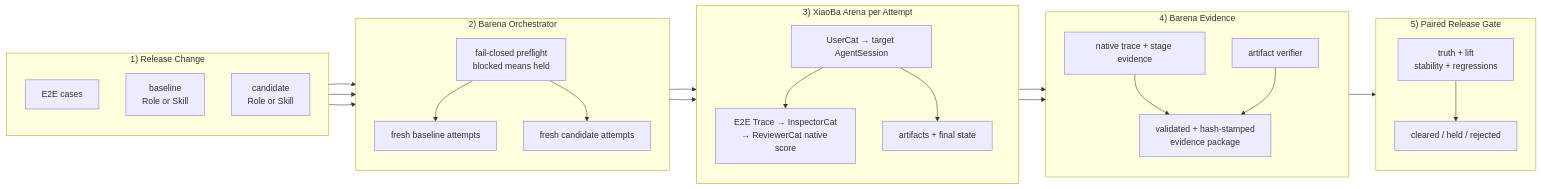
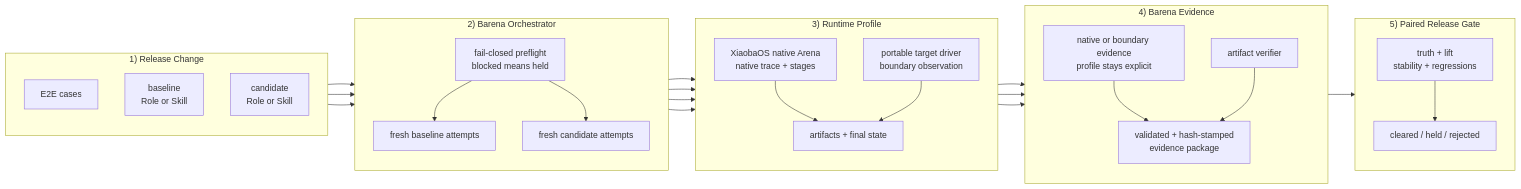
Before and after one commit to fightheyyy/barena: the first of 3 diagrams in docs/SPEC.md, drawn with Mermaid. The commit also changed other lines of this file and 75 other files, not shown here.

````diff
--- a/docs/SPEC.md
+++ b/docs/SPEC.md
@@ -57,52 +58,55 @@
 ```mermaid
 flowchart LR
     subgraph Input["1) Release Change"]
         direction TB
         Cases["E2E cases"]
         Baseline["baseline<br/>Role or Skill"]
         Candidate["candidate<br/>Role or Skill"]
     end
 
     subgraph Orchestrator["2) Barena Orchestrator"]
         direction TB
         Preflight["fail-closed preflight<br/>blocked means held"]
         BaseRuns["fresh baseline attempts"]
         CandidateRuns["fresh candidate attempts"]
         Preflight --> BaseRuns
         Preflight --> CandidateRuns
     end
 
-    subgraph Native["3) XiaoBa Arena per Attempt"]
+    subgraph Runtime["3) Runtime Profile"]
         direction TB
-        UserRun["UserCat → target AgentSession"]
-        TraceReview["E2E Trace → InspectorCat<br/>→ ReviewerCat native score"]
+        Native["XiaobaOS native Arena<br/>native trace + stages"]
+        Portable["portable target driver<br/>boundary observation"]
         Artifacts["artifacts + final state"]
-        UserRun --> TraceReview
-        UserRun --> Artifacts
+        Native --> Artifacts
+        Portable --> Artifacts
     end
 
     subgraph Evidence["4) Barena Evidence"]
         direction TB
-        NativeEvidence["native trace + stage evidence"]
+        RuntimeEvidence["native or boundary evidence<br/>profile stays explicit"]
         Verifier["artifact verifier"]
         Package["validated + hash-stamped<br/>evidence package"]
-        NativeEvidence --> Package
+        RuntimeEvidence --> Package
         Verifier --> Package
     end
 
     subgraph Gate["5) Paired Release Gate"]
         direction TB
         Aggregate["truth + lift<br/>stability + regressions"]
         Decision["cleared / held / rejected"]
         Aggregate --> Decision
     end
 
     Cases --> Preflight
     Baseline --> BaseRuns
     Candidate --> CandidateRuns
-    BaseRuns --> UserRun
-    CandidateRuns --> UserRun
-    TraceReview --> NativeEvidence
+    BaseRuns --> Native
+    CandidateRuns --> Native
+    BaseRuns --> Portable
+    CandidateRuns --> Portable
+    Native --> RuntimeEvidence
+    Portable --> RuntimeEvidence
     Artifacts --> Verifier
     Package --> Aggregate
 ```
````
